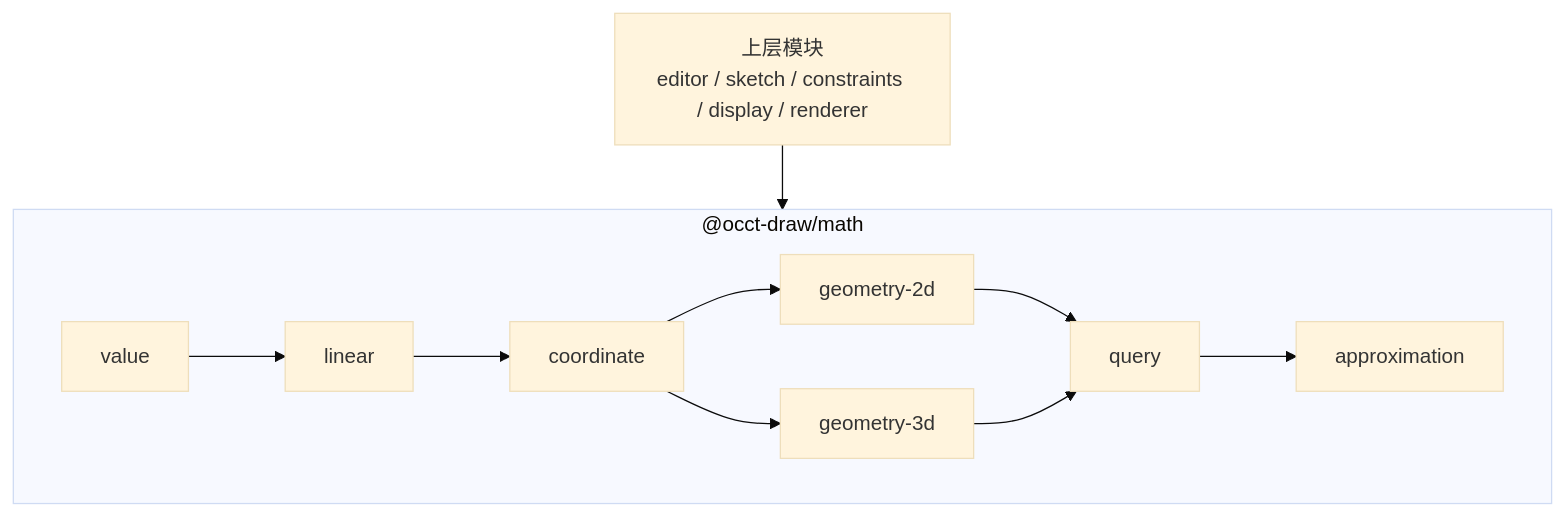
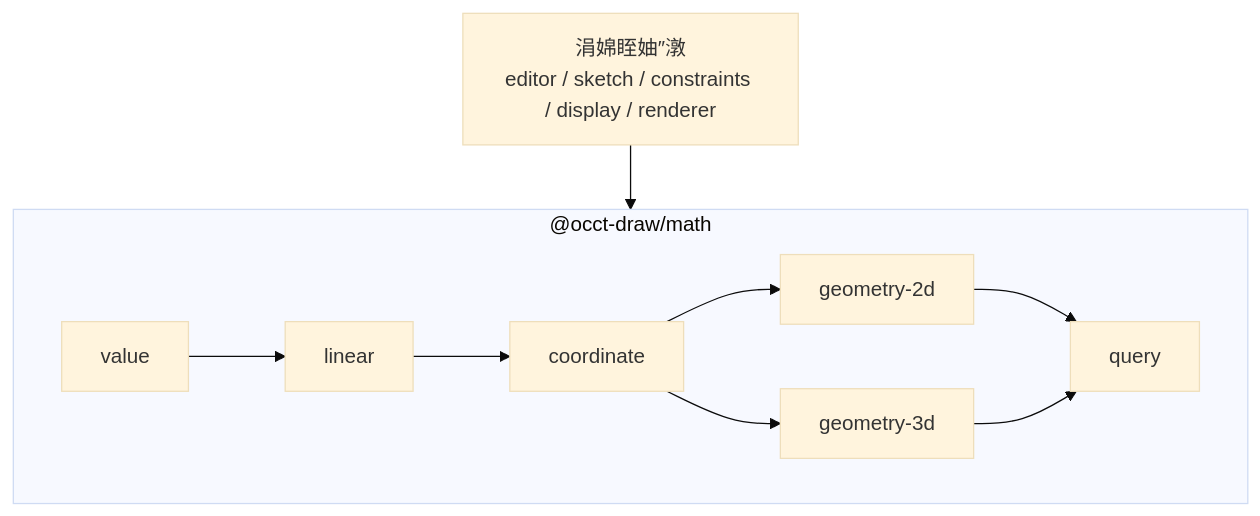
Before and after one commit to genewanggang-sudo/occt-draw-web: the diagram in docs/math包架构设计.md, drawn with Mermaid (base theme). The commit also changed other lines of this file and 9 other files, not shown here.

````diff
--- a/docs/math包架构设计.md
+++ b/docs/math包架构设计.md
@@ -5,24 +5,22 @@
 ```mermaid
 flowchart TB
-    App["上层模块<br/>editor / sketch / constraints / display / renderer"]
+    App["涓婂眰妯″潡<br/>editor / sketch / constraints / display / renderer"]
 
     subgraph Math["@occt-draw/math"]
         Value["value"]
         Linear["linear"]
         Coordinate["coordinate"]
         Geometry2D["geometry-2d"]
         Geometry3D["geometry-3d"]
         Query["query"]
-        Approximation["approximation"]
 
         Value --> Linear
         Linear --> Coordinate
         Coordinate --> Geometry2D
         Coordinate --> Geometry3D
         Geometry2D --> Query
         Geometry3D --> Query
-        Query --> Approximation
     end
 
     App --> Math
 ```
````
